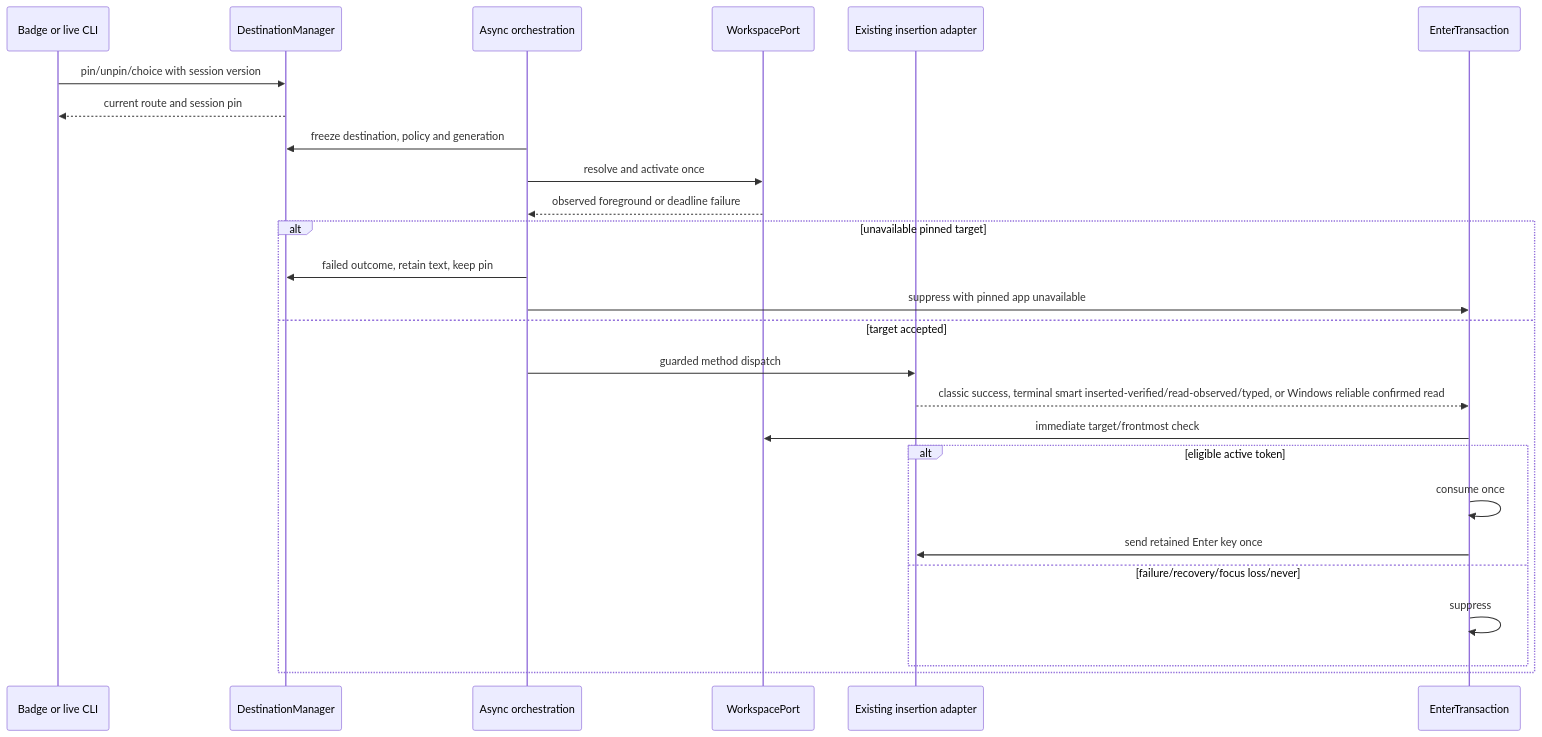
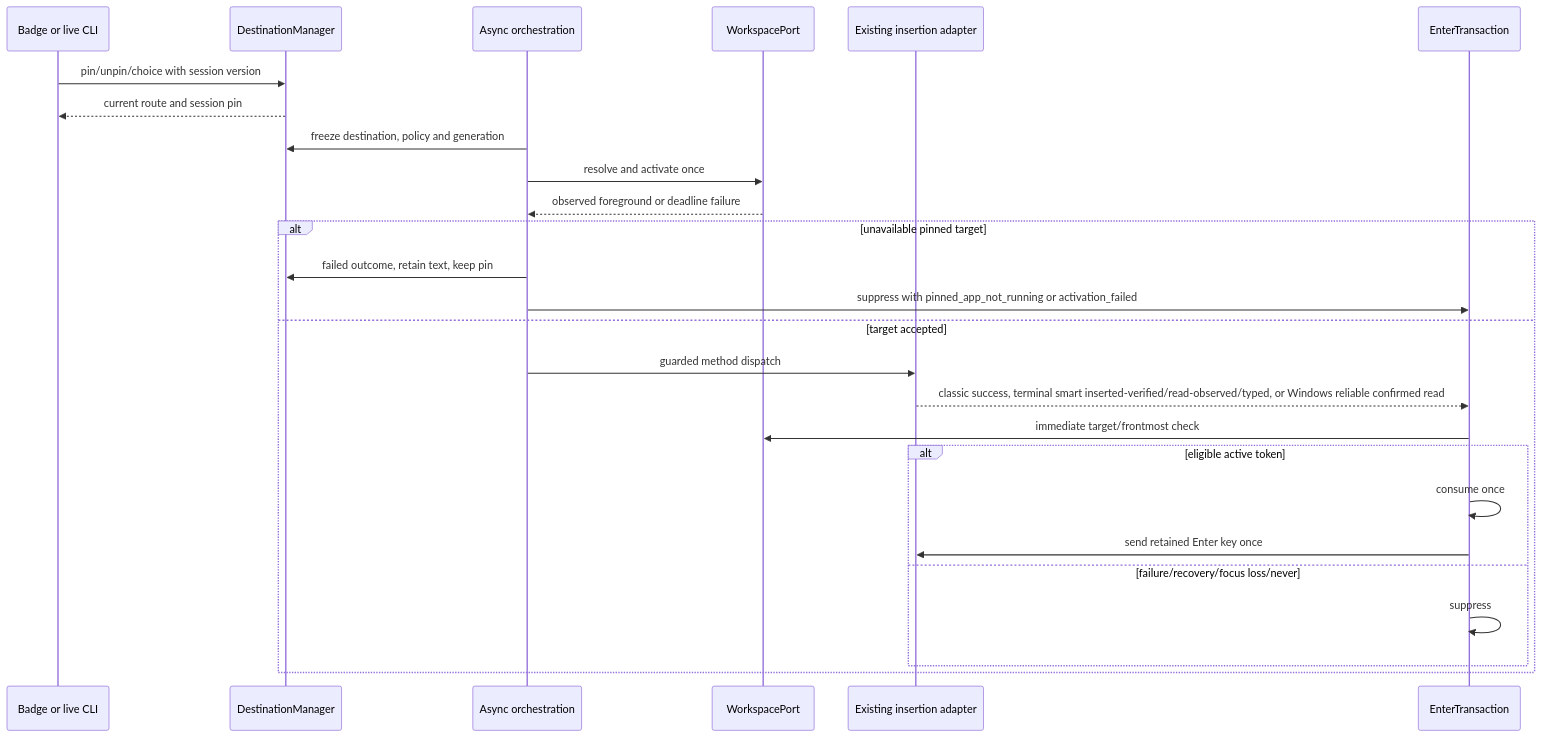
The first of 4 diagrams in .specs/features/009-pin-mode-and-enter-rule/plan.md (julien-m/handy), drawn with Mermaid before and after one commit. The commit also changed other lines of this file and 4 other files, not shown here.

````diff
--- a/.specs/features/009-pin-mode-and-enter-rule/plan.md
+++ b/.specs/features/009-pin-mode-and-enter-rule/plan.md
@@ -186,28 +191,28 @@
 ```mermaid
 sequenceDiagram
   participant UI as Badge or live CLI
   participant Manager as DestinationManager
   participant Worker as Async orchestration
   participant OS as WorkspacePort
   participant Paste as Existing insertion adapter
   participant Enter as EnterTransaction
   UI->>Manager: pin/unpin/choice with session version
   Manager-->>UI: current route and session pin
   Worker->>Manager: freeze destination, policy and generation
   Worker->>OS: resolve and activate once
   OS-->>Worker: observed foreground or deadline failure
   alt unavailable pinned target
     Worker->>Manager: failed outcome, retain text, keep pin
-    Worker->>Enter: suppress with pinned app unavailable
+    Worker->>Enter: suppress with pinned_app_not_running or activation_failed
   else target accepted
     Worker->>Paste: guarded method dispatch
     Paste-->>Enter: classic success, terminal smart inserted-verified/read-observed/typed, or Windows reliable confirmed read
     Enter->>OS: immediate target/frontmost check
     alt eligible active token
       Enter->>Enter: consume once
       Enter->>Paste: send retained Enter key once
     else failure/recovery/focus loss/never
       Enter->>Enter: suppress
     end
   end
 ```
````
